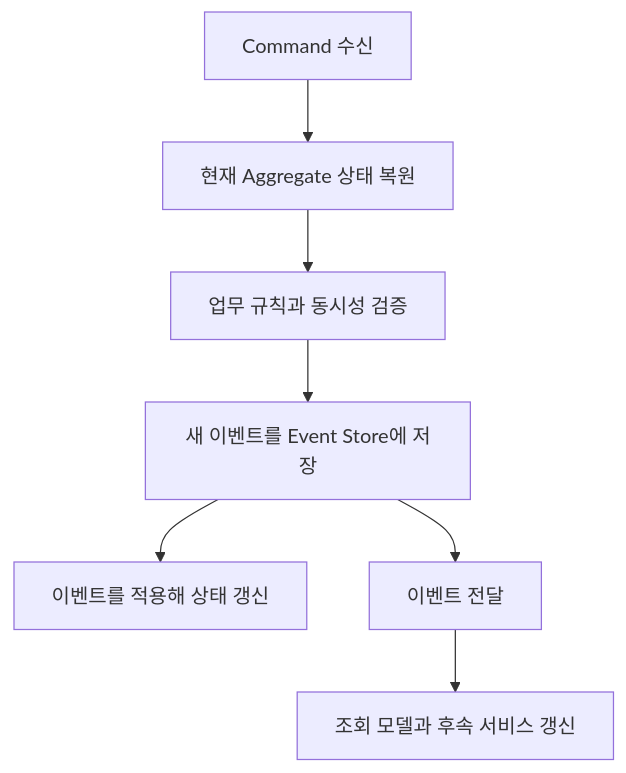
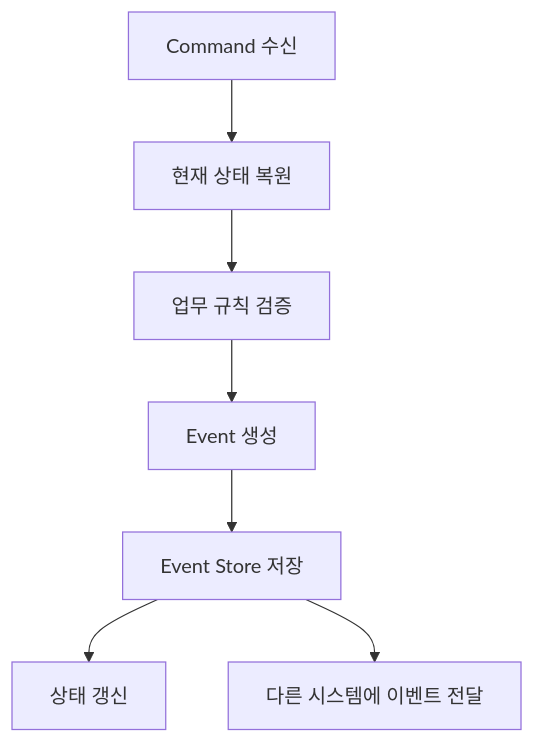
One commit to ysiksik/ysiksik.github.io changed the sixth of 16 diagrams in _posts/study/smart-learning-ent/kafka-development-strategy-for-beginners/2026-11-02-learn-about-practical-use-cases-for-microservices.md. Above: the diagram before and after it, drawn with Mermaid. The commit also changed other lines of this file and 7 other files, not shown here.

````diff
--- a/_posts/study/smart-learning-ent/kafka-development-strategy-for-beginners/2026-11-02-learn-about-practical-use-cases-for-microservices.md
+++ b/_posts/study/smart-learning-ent/kafka-development-strategy-for-beginners/2026-11-02-learn-about-practical-use-cases-for-microservices.md
@@ -120,9 +640,24 @@
 ```mermaid
 flowchart TD
-    A["Command 수신"] --> B["현재 Aggregate 상태 복원"]
-    B --> C["업무 규칙과 동시성 검증"]
-    C --> D["새 이벤트를 Event Store에 저장"]
-    D --> E["이벤트를 적용해 상태 갱신"]
-    D --> F["이벤트 전달"]
-    F --> G["조회 모델과 후속 서비스 갱신"]
+    A["Command 수신"]
+
+    B["현재 상태 복원"]
+
+    C["업무 규칙 검증"]
+
+    D["Event 생성"]
+
+    E["Event Store 저장"]
+
+    F["상태 갱신"]
+
+    G["다른 시스템에 이벤트 전달"]
+
+    A --> B
+    B --> C
+    C --> D
+    D --> E
+
+    E --> F
+    E --> G
 ```
````
